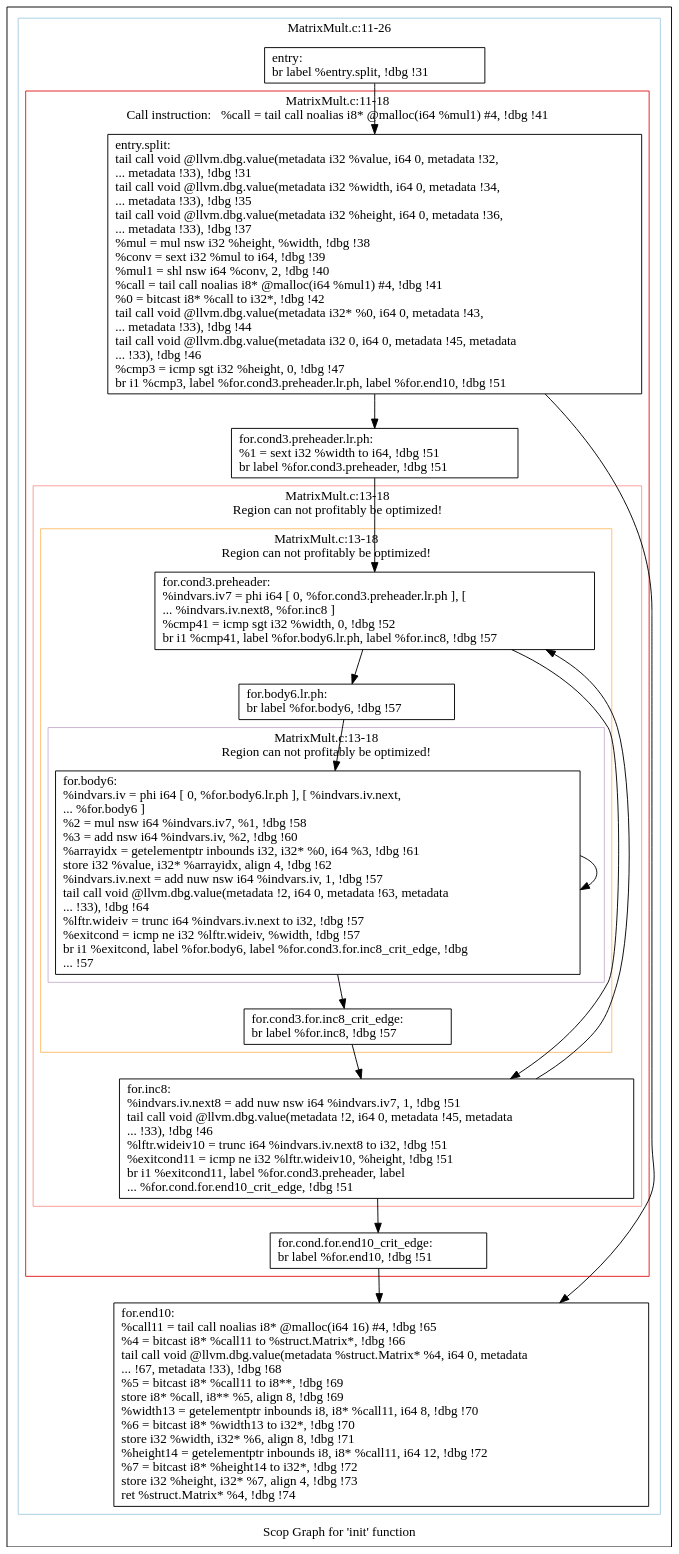
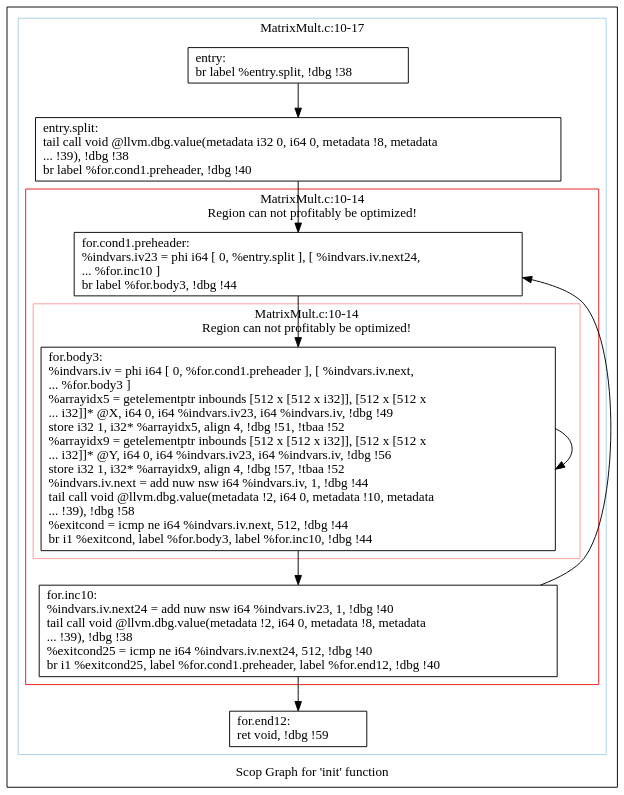
The diagram in polly/MatrixMult/impl/handwritten2/dot/scops.init.dot (samminweng/WhileyOpenCL), drawn with Graphviz before and after one commit. The commit also changed 93 other files, not shown here.

Commit message:
Updated 'init' function in handwritten MatrixMult test case The new 'init' function can be optimized and parallelized by Polly as it separate random number from matrix assignmentsuch that matrix multiplication can be pipelined from 'init' function to 'mat_mult' function.

```diff
--- a/polly/MatrixMult/impl/handwritten2/dot/scops.init.dot
+++ b/polly/MatrixMult/impl/handwritten2/dot/scops.init.dot
@@ -1,68 +1,42 @@
 digraph "Scop Graph for 'init' function" {
 	label="Scop Graph for 'init' function";
 
-	Node0x6a0b800 [shape=record,label="{entry:\l  br label %entry.split, !dbg !31\l}"];
-	Node0x6a0b800 -> Node0x6a112c0;
-	Node0x6a112c0 [shape=record,label="{entry.split:                                      \l  tail call void @llvm.dbg.value(metadata i32 %value, i64 0, metadata !32,\l... metadata !33), !dbg !31\l  tail call void @llvm.dbg.value(metadata i32 %width, i64 0, metadata !34,\l... metadata !33), !dbg !35\l  tail call void @llvm.dbg.value(metadata i32 %height, i64 0, metadata !36,\l... metadata !33), !dbg !37\l  %mul = mul nsw i32 %height, %width, !dbg !38\l  %conv = sext i32 %mul to i64, !dbg !39\l  %mul1 = shl nsw i64 %conv, 2, !dbg !40\l  %call = tail call noalias i8* @malloc(i64 %mul1) #4, !dbg !41\l  %0 = bitcast i8* %call to i32*, !dbg !42\l  tail call void @llvm.dbg.value(metadata i32* %0, i64 0, metadata !43,\l... metadata !33), !dbg !44\l  tail call void @llvm.dbg.value(metadata i32 0, i64 0, metadata !45, metadata\l... !33), !dbg !46\l  %cmp3 = icmp sgt i32 %height, 0, !dbg !47\l  br i1 %cmp3, label %for.cond3.preheader.lr.ph, label %for.end10, !dbg !51\l}"];
-	Node0x6a112c0 -> Node0x6a19ac0;
-	Node0x6a112c0 -> Node0x6a18050;
-	Node0x6a19ac0 [shape=record,label="{for.cond3.preheader.lr.ph:                        \l  %1 = sext i32 %width to i64, !dbg !51\l  br label %for.cond3.preheader, !dbg !51\l}"];
-	Node0x6a19ac0 -> Node0x69ffed0;
-	Node0x69ffed0 [shape=record,label="{for.cond3.preheader:                              \l  %indvars.iv7 = phi i64 [ 0, %for.cond3.preheader.lr.ph ], [\l... %indvars.iv.next8, %for.inc8 ]\l  %cmp41 = icmp sgt i32 %width, 0, !dbg !52\l  br i1 %cmp41, label %for.body6.lr.ph, label %for.inc8, !dbg !57\l}"];
-	Node0x69ffed0 -> Node0x6a22a40;
-	Node0x69ffed0 -> Node0x69fdf10;
-	Node0x6a22a40 [shape=record,label="{for.body6.lr.ph:                                  \l  br label %for.body6, !dbg !57\l}"];
-	Node0x6a22a40 -> Node0x69fdf70;
-	Node0x69fdf70 [shape=record,label="{for.body6:                                        \l  %indvars.iv = phi i64 [ 0, %for.body6.lr.ph ], [ %indvars.iv.next,\l... %for.body6 ]\l  %2 = mul nsw i64 %indvars.iv7, %1, !dbg !58\l  %3 = add nsw i64 %indvars.iv, %2, !dbg !60\l  %arrayidx = getelementptr inbounds i32, i32* %0, i64 %3, !dbg !61\l  store i32 %value, i32* %arrayidx, align 4, !dbg !62\l  %indvars.iv.next = add nuw nsw i64 %indvars.iv, 1, !dbg !57\l  tail call void @llvm.dbg.value(metadata !2, i64 0, metadata !63, metadata\l... !33), !dbg !64\l  %lftr.wideiv = trunc i64 %indvars.iv.next to i32, !dbg !57\l  %exitcond = icmp ne i32 %lftr.wideiv, %width, !dbg !57\l  br i1 %exitcond, label %for.body6, label %for.cond3.for.inc8_crit_edge, !dbg\l... !57\l}"];
-	Node0x69fdf70 -> Node0x69fdf70[constraint=false];
-	Node0x69fdf70 -> Node0x69fce70;
-	Node0x69fce70 [shape=record,label="{for.cond3.for.inc8_crit_edge:                     \l  br label %for.inc8, !dbg !57\l}"];
-	Node0x69fce70 -> Node0x69fdf10;
-	Node0x69fdf10 [shape=record,label="{for.inc8:                                         \l  %indvars.iv.next8 = add nuw nsw i64 %indvars.iv7, 1, !dbg !51\l  tail call void @llvm.dbg.value(metadata !2, i64 0, metadata !45, metadata\l... !33), !dbg !46\l  %lftr.wideiv10 = trunc i64 %indvars.iv.next8 to i32, !dbg !51\l  %exitcond11 = icmp ne i32 %lftr.wideiv10, %height, !dbg !51\l  br i1 %exitcond11, label %for.cond3.preheader, label\l... %for.cond.for.end10_crit_edge, !dbg !51\l}"];
-	Node0x69fdf10 -> Node0x69ffed0[constraint=false];
-	Node0x69fdf10 -> Node0x6a10a30;
-	Node0x6a10a30 [shape=record,label="{for.cond.for.end10_crit_edge:                     \l  br label %for.end10, !dbg !51\l}"];
-	Node0x6a10a30 -> Node0x6a18050;
-	Node0x6a18050 [shape=record,label="{for.end10:                                        \l  %call11 = tail call noalias i8* @malloc(i64 16) #4, !dbg !65\l  %4 = bitcast i8* %call11 to %struct.Matrix*, !dbg !66\l  tail call void @llvm.dbg.value(metadata %struct.Matrix* %4, i64 0, metadata\l... !67, metadata !33), !dbg !68\l  %5 = bitcast i8* %call11 to i8**, !dbg !69\l  store i8* %call, i8** %5, align 8, !dbg !69\l  %width13 = getelementptr inbounds i8, i8* %call11, i64 8, !dbg !70\l  %6 = bitcast i8* %width13 to i32*, !dbg !70\l  store i32 %width, i32* %6, align 8, !dbg !71\l  %height14 = getelementptr inbounds i8, i8* %call11, i64 12, !dbg !72\l  %7 = bitcast i8* %height14 to i32*, !dbg !72\l  store i32 %height, i32* %7, align 4, !dbg !73\l  ret %struct.Matrix* %4, !dbg !74\l}"];
+	Node0x985c5c0 [shape=record,label="{entry:\l  br label %entry.split, !dbg !38\l}"];
+	Node0x985c5c0 -> Node0x985b1f0;
+	Node0x985b1f0 [shape=record,label="{entry.split:                                      \l  tail call void @llvm.dbg.value(metadata i32 0, i64 0, metadata !8, metadata\l... !39), !dbg !38\l  br label %for.cond1.preheader, !dbg !40\l}"];
+	Node0x985b1f0 -> Node0x9862ff0;
+	Node0x9862ff0 [shape=record,label="{for.cond1.preheader:                              \l  %indvars.iv23 = phi i64 [ 0, %entry.split ], [ %indvars.iv.next24,\l... %for.inc10 ]\l  br label %for.body3, !dbg !44\l}"];
+	Node0x9862ff0 -> Node0x9783fb0;
+	Node0x9783fb0 [shape=record,label="{for.body3:                                        \l  %indvars.iv = phi i64 [ 0, %for.cond1.preheader ], [ %indvars.iv.next,\l... %for.body3 ]\l  %arrayidx5 = getelementptr inbounds [512 x [512 x i32]], [512 x [512 x\l... i32]]* @X, i64 0, i64 %indvars.iv23, i64 %indvars.iv, !dbg !49\l  store i32 1, i32* %arrayidx5, align 4, !dbg !51, !tbaa !52\l  %arrayidx9 = getelementptr inbounds [512 x [512 x i32]], [512 x [512 x\l... i32]]* @Y, i64 0, i64 %indvars.iv23, i64 %indvars.iv, !dbg !56\l  store i32 1, i32* %arrayidx9, align 4, !dbg !57, !tbaa !52\l  %indvars.iv.next = add nuw nsw i64 %indvars.iv, 1, !dbg !44\l  tail call void @llvm.dbg.value(metadata !2, i64 0, metadata !10, metadata\l... !39), !dbg !58\l  %exitcond = icmp ne i64 %indvars.iv.next, 512, !dbg !44\l  br i1 %exitcond, label %for.body3, label %for.inc10, !dbg !44\l}"];
+	Node0x9783fb0 -> Node0x9783fb0[constraint=false];
+	Node0x9783fb0 -> Node0x98603f0;
+	Node0x98603f0 [shape=record,label="{for.inc10:                                        \l  %indvars.iv.next24 = add nuw nsw i64 %indvars.iv23, 1, !dbg !40\l  tail call void @llvm.dbg.value(metadata !2, i64 0, metadata !8, metadata\l... !39), !dbg !38\l  %exitcond25 = icmp ne i64 %indvars.iv.next24, 512, !dbg !40\l  br i1 %exitcond25, label %for.cond1.preheader, label %for.end12, !dbg !40\l}"];
+	Node0x98603f0 -> Node0x9862ff0[constraint=false];
+	Node0x98603f0 -> Node0x985c670;
+	Node0x985c670 [shape=record,label="{for.end12:                                        \l  ret void, !dbg !59\l}"];
 	colorscheme = "paired12"
-        subgraph cluster_0x6a10020 {
-          label = "MatrixMult.c:11-26
+        subgraph cluster_0x98e4df0 {
+          label = "MatrixMult.c:10-17
 ";
           style = solid;
           color = 1
-          subgraph cluster_0x6a0e4a0 {
-            label = "MatrixMult.c:11-18
-Call instruction:   %call = tail call noalias i8* @malloc(i64 %mul1) #4, !dbg !41";
+          subgraph cluster_0x985e3d0 {
+            label = "MatrixMult.c:10-14
+Region can not profitably be optimized!";
             style = solid;
             color = 6
-            subgraph cluster_0x69fe9b0 {
-              label = "MatrixMult.c:13-18
+            subgraph cluster_0x985e6a0 {
+              label = "MatrixMult.c:10-14
 Region can not profitably be optimized!";
               style = solid;
               color = 5
-              subgraph cluster_0x69fe4f0 {
-                label = "MatrixMult.c:13-18
-Region can not profitably be optimized!";
-                style = solid;
-                color = 7
-                subgraph cluster_0x69fb9d0 {
-                  label = "MatrixMult.c:13-18
-Region can not profitably be optimized!";
-                  style = solid;
-                  color = 9
-                  Node0x69fdf70;
-                }
-                Node0x69ffed0;
-                Node0x6a22a40;
-                Node0x69fce70;
-              }
-              Node0x69fdf10;
+              Node0x9783fb0;
             }
-            Node0x6a112c0;
-            Node0x6a19ac0;
-            Node0x6a10a30;
+            Node0x9862ff0;
+            Node0x98603f0;
           }
-          Node0x6a0b800;
-          Node0x6a18050;
+          Node0x985c5c0;
+          Node0x985b1f0;
+          Node0x985c670;
         }
 }
```
